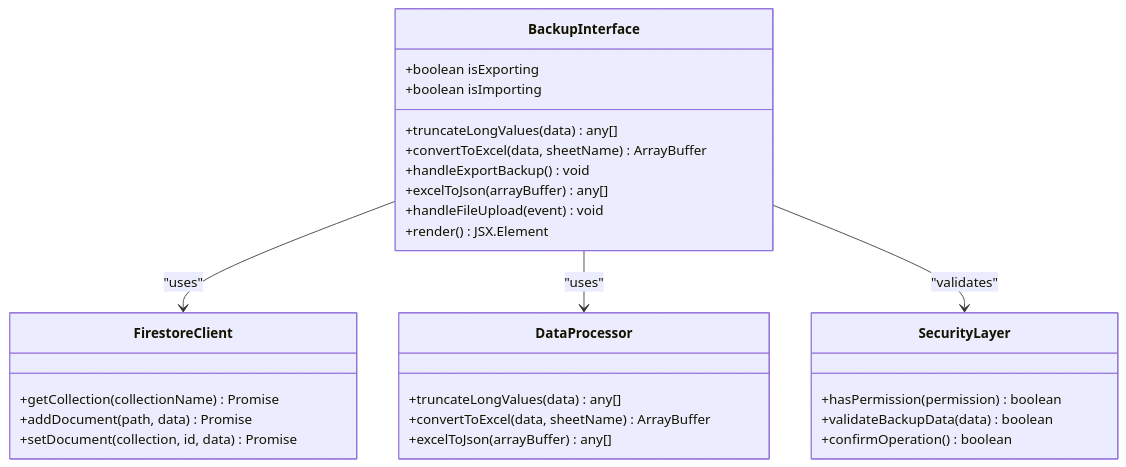
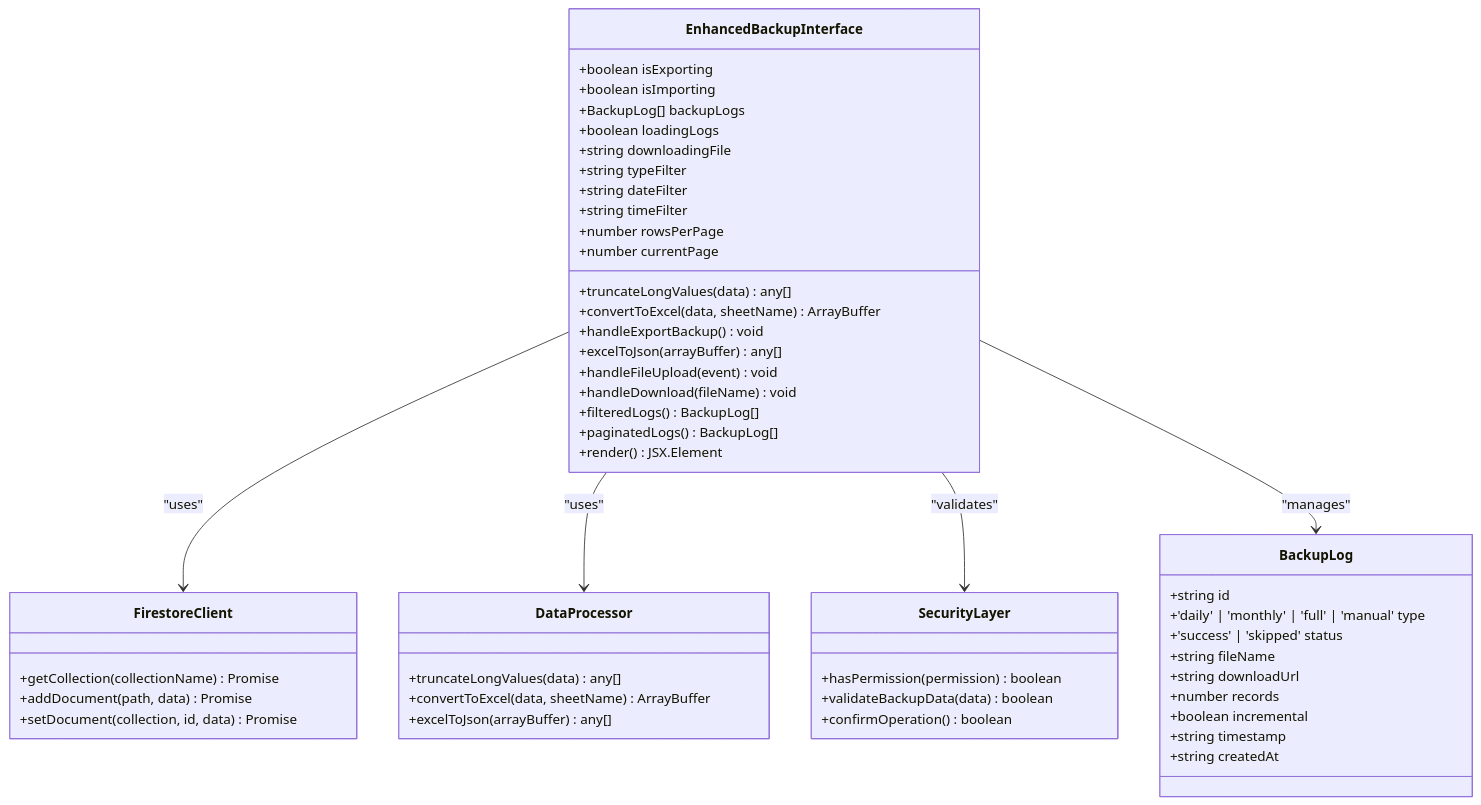
Before and after one commit to Unsure-bry/sampacoop_system: the second of 18 diagrams in .qoder/repowiki/en/content/Project Overview/Core Features & Functionality/Administrative Features/Backup and Restore System.md, drawn with Mermaid. The commit also changed other lines of this file and 11 other files, not shown here.

````diff
--- a/.qoder/repowiki/en/content/Project Overview/Core Features & Functionality/Administrative Features/Backup and Restore System.md
+++ b/.qoder/repowiki/en/content/Project Overview/Core Features & Functionality/Administrative Features/Backup and Restore System.md
@@ -88,31 +145,54 @@
 ```mermaid
 classDiagram
-class BackupInterface {
+class EnhancedBackupInterface {
 +boolean isExporting
 +boolean isImporting
++BackupLog[] backupLogs
++boolean loadingLogs
++string downloadingFile
++string typeFilter
++string dateFilter
++string timeFilter
++number rowsPerPage
++number currentPage
 +truncateLongValues(data) any[]
 +convertToExcel(data, sheetName) ArrayBuffer
 +handleExportBackup() void
 +excelToJson(arrayBuffer) any[]
 +handleFileUpload(event) void
++handleDownload(fileName) void
++filteredLogs() BackupLog[]
++paginatedLogs() BackupLog[]
 +render() JSX.Element
+}
+class BackupLog {
++string id
++'daily' | 'monthly' | 'full' | 'manual' type
++'success' | 'skipped' status
++string fileName
++string downloadUrl
++number records
++boolean incremental
++string timestamp
++string createdAt
 }
 class FirestoreClient {
 +getCollection(collectionName) Promise
 +addDocument(path, data) Promise
 +setDocument(collection, id, data) Promise
 }
 class DataProcessor {
 +truncateLongValues(data) any[]
 +convertToExcel(data, sheetName) ArrayBuffer
 +excelToJson(arrayBuffer) any[]
 }
 class SecurityLayer {
 +hasPermission(permission) boolean
 +validateBackupData(data) boolean
 +confirmOperation() boolean
 }
-BackupInterface --> FirestoreClient : "uses"
-BackupInterface --> DataProcessor : "uses"
-BackupInterface --> SecurityLayer : "validates"
+EnhancedBackupInterface --> FirestoreClient : "uses"
+EnhancedBackupInterface --> DataProcessor : "uses"
+EnhancedBackupInterface --> SecurityLayer : "validates"
+EnhancedBackupInterface --> BackupLog : "manages"
 ```
````
